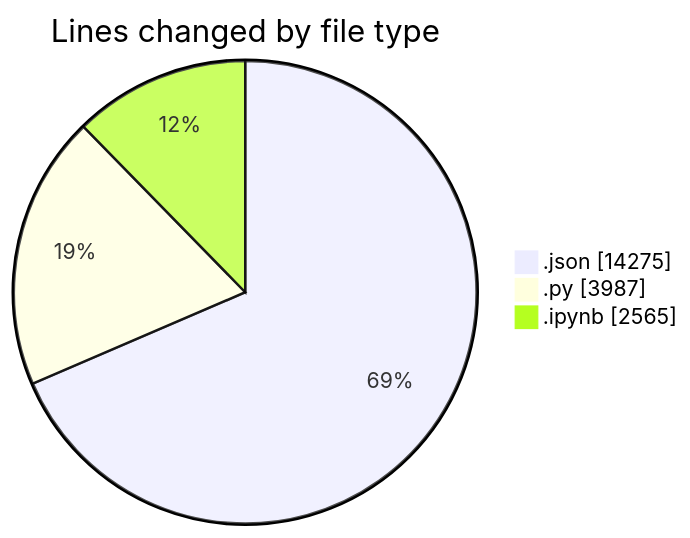
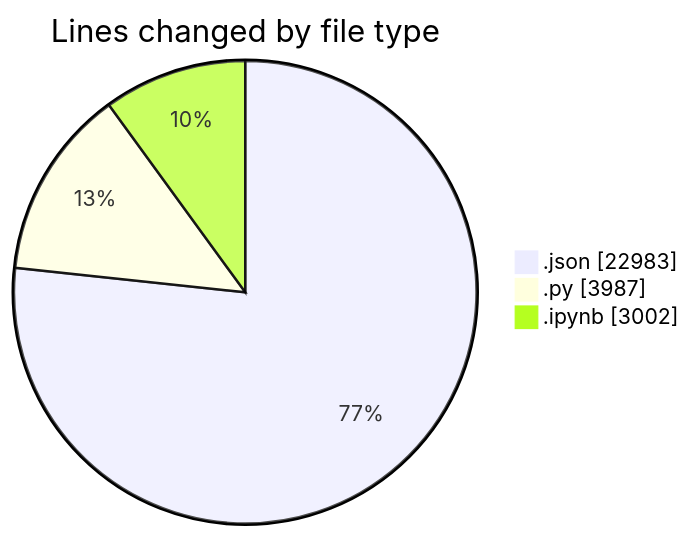
Before and after one commit to MatusMokan/code-tracking: the first of 2 diagrams in 2025-10-04/untitled__workspace_/README.md, drawn with Mermaid. The commit also changed other lines of this file and 1 other file, not shown here.

````diff
--- a/2025-10-04/untitled__workspace_/README.md
+++ b/2025-10-04/untitled__workspace_/README.md
@@ -34,7 +35,7 @@
 ```mermaid
 pie showData
 title Lines changed by file type
-".json" : 14275
+".json" : 22983
 ".py" : 3987
-".ipynb" : 2565
+".ipynb" : 3002
 ```
````
